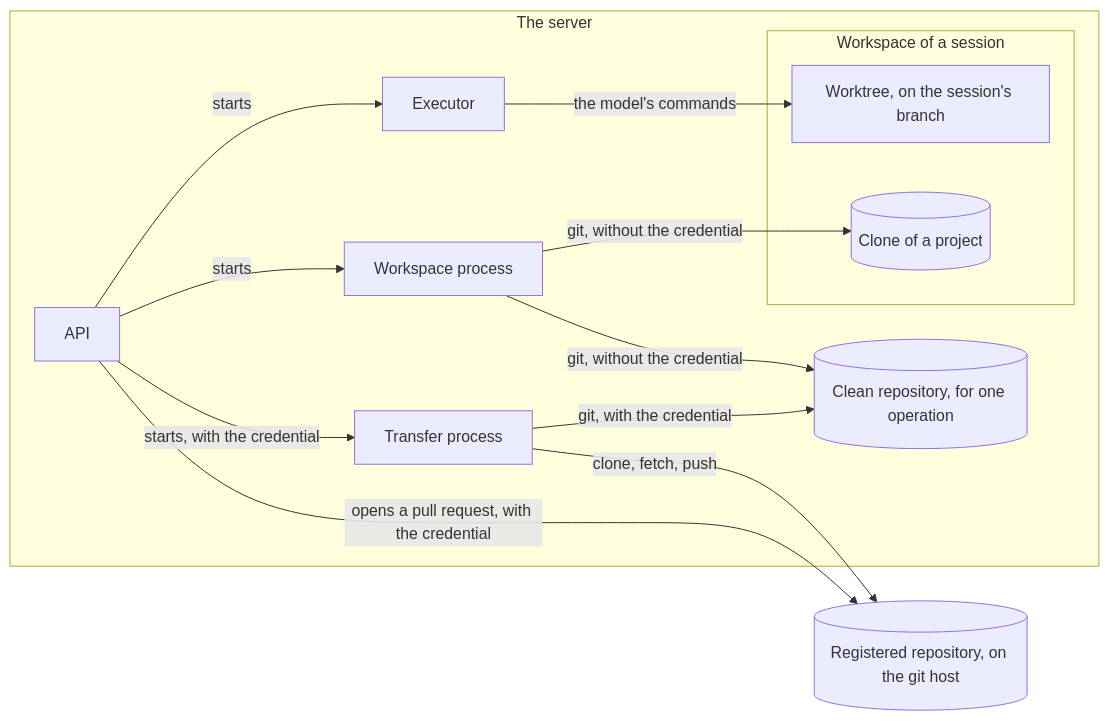
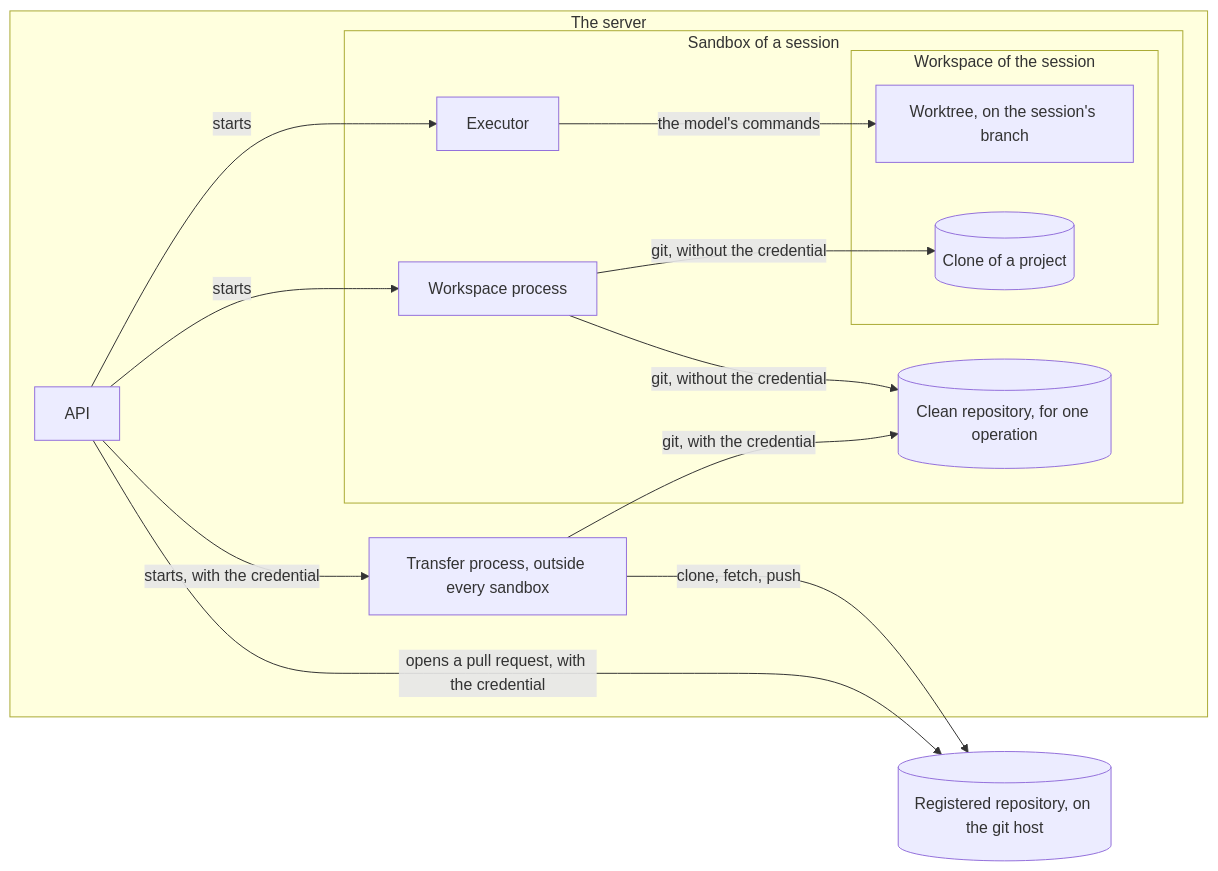
Before and after one commit to Mikode13/harness-docs: the first of 4 diagrams in design/workspace-and-git.md, drawn with Mermaid. The commit also changed other lines of this file and 14 other files, not shown here.

````diff
--- a/design/workspace-and-git.md
+++ b/design/workspace-and-git.md
@@ -11,25 +11,27 @@
 ```mermaid
 flowchart LR
     subgraph server[The server]
         api[API]
-        subgraph ws[Workspace of a session]
-            clone[(Clone of a project)]
-            wt[Worktree, on the session's branch]
+        subgraph sandbox[Sandbox of a session]
+            exe[Executor]
+            wp[Workspace process]
+            subgraph ws[Workspace of the session]
+                clone[(Clone of a project)]
+                wt[Worktree, on the session's branch]
+            end
+            clean[(Clean repository, for one operation)]
         end
-        clean[(Clean repository, for one operation)]
-        exe[Executor]
-        wp[Workspace process]
-        tp[Transfer process]
+        tp[Transfer process, outside every sandbox]
     end
     host[(Registered repository, on the git host)]
 
     api -->|starts| exe
     api -->|starts| wp
     api -->|starts, with the credential| tp
     exe -->|the model's commands| wt
     wp -->|git, without the credential| clone
     wp -->|git, without the credential| clean
     tp -->|git, with the credential| clean
     tp -->|clone, fetch, push| host
     api -->|opens a pull request, with the credential| host
 ```
````
